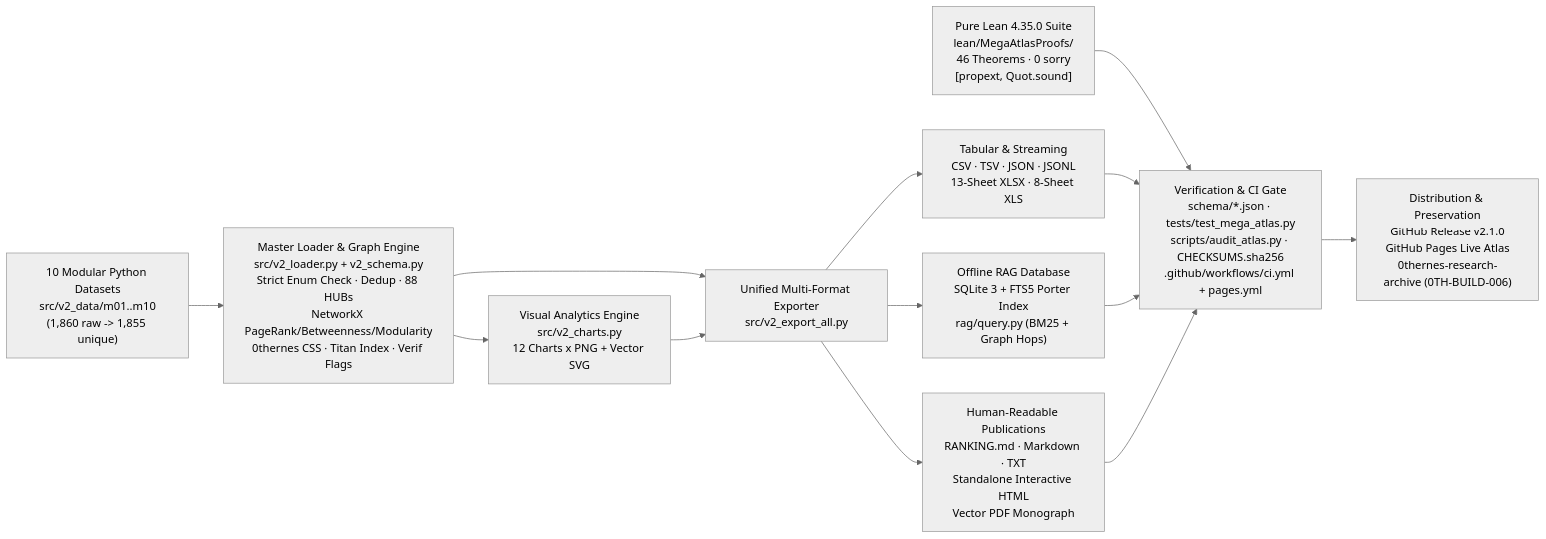
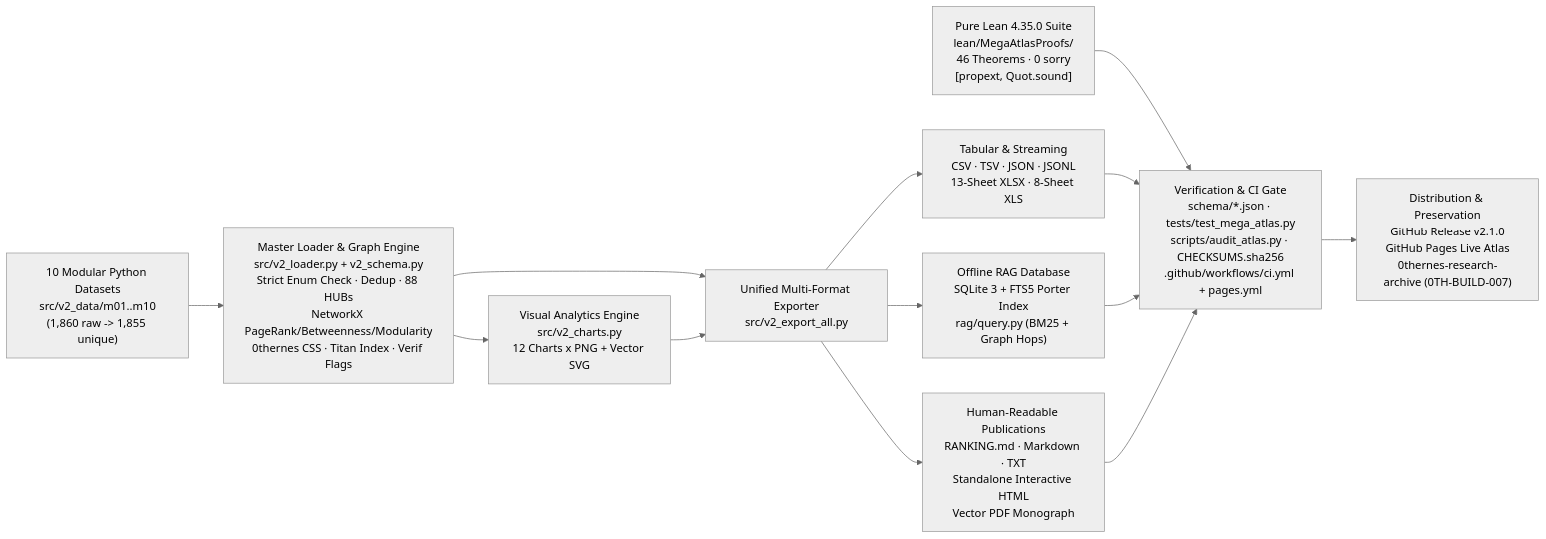
The diagram in ARCHITECTURE.md (0thernes/unsolved-problems-mega-atlas), drawn with Mermaid (neutral theme) before and after one commit. The commit also changed 3 other files, not shown here.

Commit message:
docs: align Master Research Archive ID to 0TH-BUILD-007

````diff
--- a/ARCHITECTURE.md
+++ b/ARCHITECTURE.md
@@ -3,15 +3,15 @@
 ```mermaid
 flowchart LR
     A["10 Modular Python Datasets\nsrc/v2_data/m01..m10\n(1,860 raw -> 1,855 unique)"] --> B["Master Loader & Graph Engine\nsrc/v2_loader.py + v2_schema.py\nStrict Enum Check · Dedup · 88 HUBs\nNetworkX PageRank/Betweenness/Modularity\n0thernes CSS · Titan Index · Verif Flags"]
     B --> C["Visual Analytics Engine\nsrc/v2_charts.py\n12 Charts x PNG + Vector SVG"]
     B --> D["Unified Multi-Format Exporter\nsrc/v2_export_all.py"]
     C --> D
     D --> E1["Tabular & Streaming\nCSV · TSV · JSON · JSONL\n13-Sheet XLSX · 8-Sheet XLS"]
     D --> E2["Offline RAG Database\nSQLite 3 + FTS5 Porter Index\nrag/query.py (BM25 + Graph Hops)"]
     D --> E3["Human-Readable Publications\nRANKING.md · Markdown · TXT\nStandalone Interactive HTML\nVector PDF Monograph"]
     F["Pure Lean 4.35.0 Suite\nlean/MegaAtlasProofs/\n46 Theorems · 0 sorry\n[propext, Quot.sound]"] --> G["Verification & CI Gate\nschema/*.json · tests/test_mega_atlas.py\nscripts/audit_atlas.py · CHECKSUMS.sha256\n.github/workflows/ci.yml + pages.yml"]
     E1 --> G
     E2 --> G
     E3 --> G
-    G --> H["Distribution & Preservation\nGitHub Release v2.1.0\nGitHub Pages Live Atlas\n0thernes-research-archive (0TH-BUILD-006)"]
+    G --> H["Distribution & Preservation\nGitHub Release v2.1.0\nGitHub Pages Live Atlas\n0thernes-research-archive (0TH-BUILD-007)"]
 ```
````
